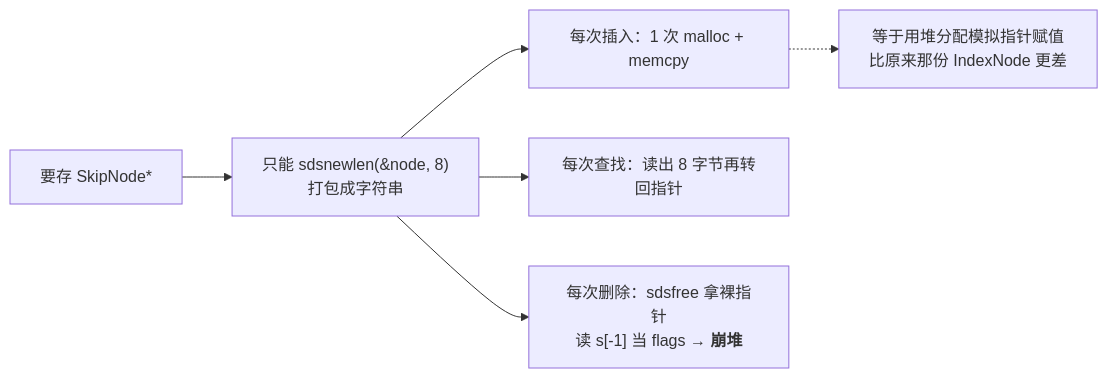
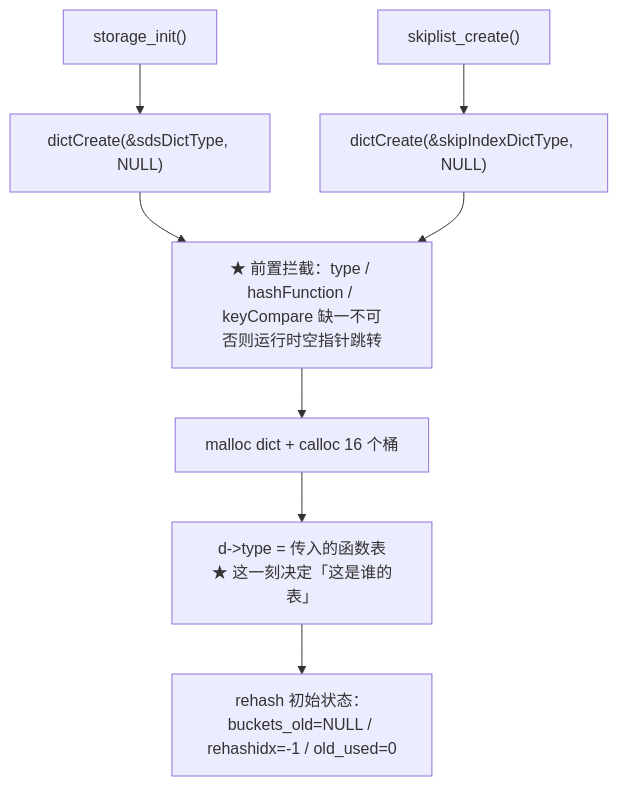
The fourth of 8 diagrams in docs/字典设计.md (huangguodong234/mini-redis), drawn with Mermaid before and after one commit. The commit also changed other lines of this file and 8 other files, not shown here.

````diff
--- a/docs/字典设计.md
+++ b/docs/字典设计.md
@@ -128,8 +168,10 @@
 ```mermaid
-flowchart LR
-    A["要存 SkipNode*"] --> B["只能 sdsnewlen(&node, 8)<br/>打包成字符串"]
-    B --> C["每次插入：1 次 malloc + memcpy"]
-    B --> D["每次查找：读出 8 字节再转回指针"]
-    B --> E["每次删除：sdsfree 拿裸指针<br/>读 s[-1] 当 flags → <b>崩堆</b>"]
-    C -.-> F["等于用堆分配模拟指针赋值<br/>比原来那份 IndexNode 更差"]
+flowchart TB
+    A["storage_init()"] --> B["dictCreate(&sdsDictType, NULL)"]
+    C["skiplist_create()"] --> D["dictCreate(&skipIndexDictType, NULL)"]
+    B --> E["★ 前置拦截：type / hashFunction / keyCompare 缺一不可<br/>否则运行时空指针跳转"]
+    D --> E
+    E --> F["malloc dict + calloc 16 个桶"]
+    F --> G["d->type = 传入的函数表<br/>★ 这一刻决定「这是谁的表」"]
+    G --> H["rehash 初始状态：<br/>buckets_old=NULL / rehashidx=-1 / old_used=0"]
 ```
````
